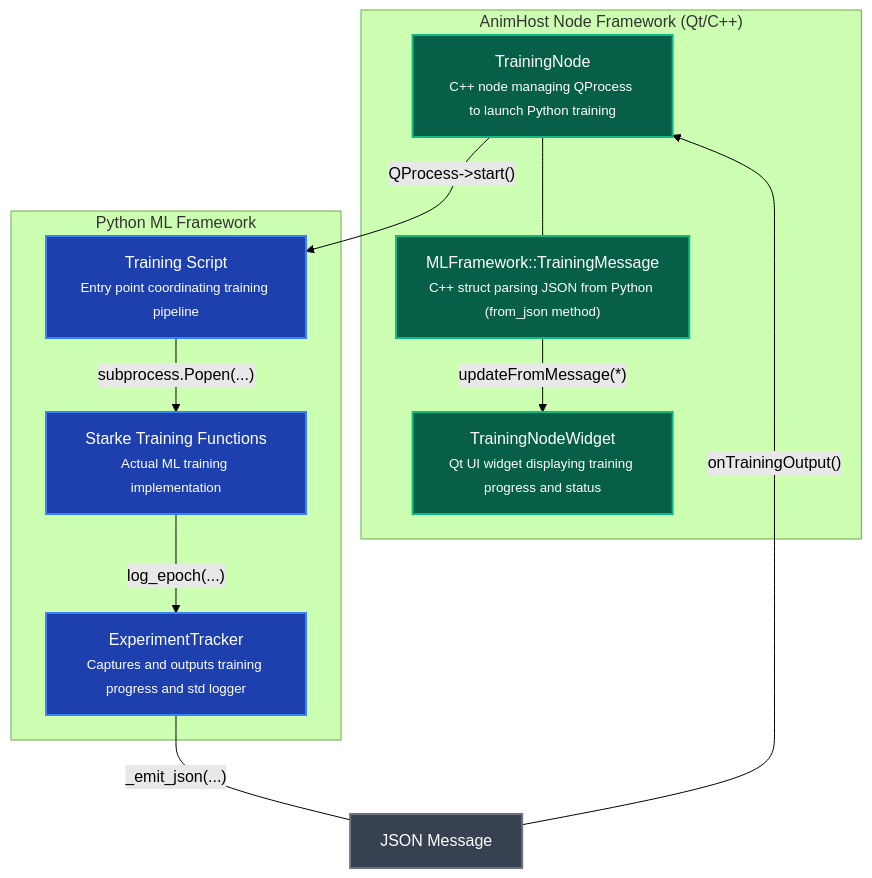
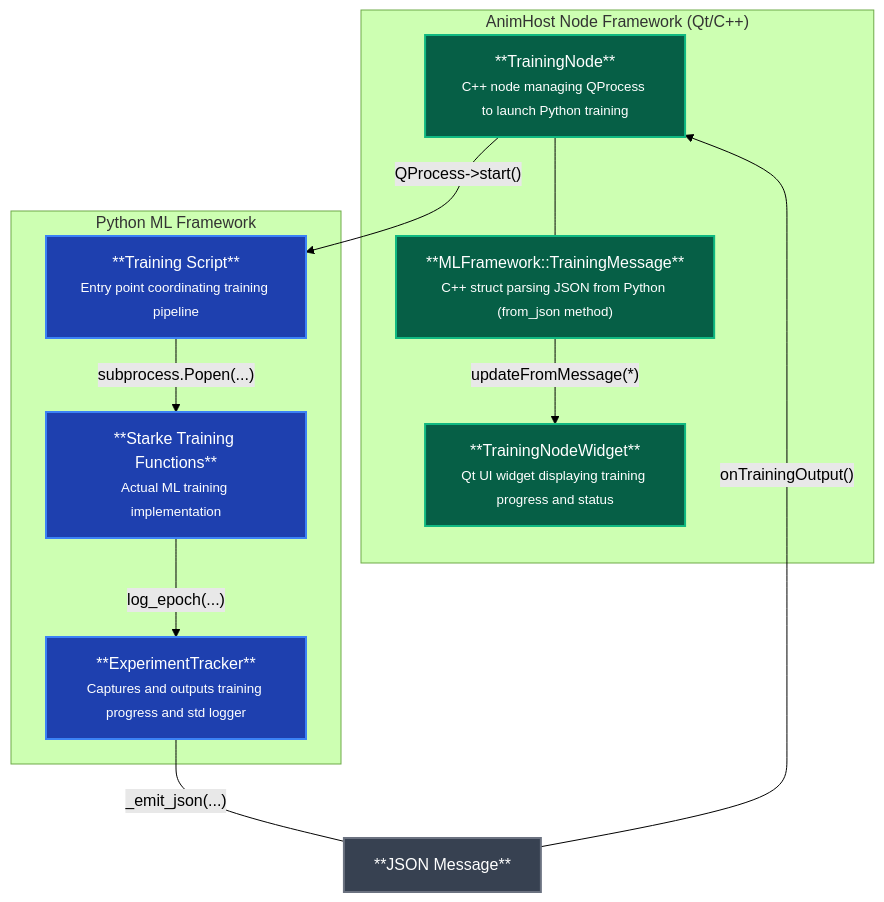
Before and after one commit to FilmakademieRnd/AnimHost: the diagram in python/ml_framework/README.md, drawn with Mermaid (forest theme). The commit also changed other lines of this file and 2 other files, not shown here.

Commit message:
self-review

````diff
--- a/python/ml_framework/README.md
+++ b/python/ml_framework/README.md
@@ -39,34 +39,34 @@
 ```mermaid
 graph TB
     subgraph "AnimHost Node Framework (Qt/C++)"
-        A["TrainingNodeWidget<br/><small>Qt UI widget displaying training progress and status</small>"]   
-        C["MLFramework::TrainingMessage<br/><small>C++ struct parsing JSON from Python (from_json method)</small>"]
-        B["TrainingNode<br/><small>C++ node managing QProcess to launch Python training</small>"]
+        A["**TrainingNodeWidget**<br/><small>Qt UI widget displaying training progress and status</small>"]
+        C["**MLFramework::TrainingMessage**<br/><small>C++ struct parsing JSON from Python (from_json method)</small>"]
+        B["**TrainingNode**<br/><small>C++ node managing QProcess to launch Python training</small>"]
     end
-    
-    D["JSON Message<br/>"]
-    
+
+    D["**JSON Message**<br/>"]
+
     subgraph "Python ML Framework"
-        E["ExperimentTracker<br/><small>Captures and outputs training progress and std logger</small>"]
-        F["Training Script<br/><small>Entry point coordinating training pipeline</small>"]
-        G["Starke Training Functions<br/><small>Actual ML training implementation</small>"]
+        E["**ExperimentTracker**<br/><small>Captures and outputs training progress and std logger</small>"]
+        F["**Training Script**<br/><small>Entry point coordinating training pipeline</small>"]
+        G["**Starke Training Functions**<br/><small>Actual ML training implementation</small>"]
     end
     
     %% Connections
     B --> |"QProcess->start()"| F
     F --> |"subprocess.Popen(...)"| G
     G --> |"log_epoch(...)"| E
     E --- |"_emit_json(...)"| D
     D --> |"onTrainingOutput()"| B
     B --- C
     C --> |"updateFromMessage(*)"| A
     
     %% Styling
     classDef cppLayer fill:#065f46,stroke:#10b981,stroke-width:2px,color:#ffffff
     classDef interfaceNode fill:#374151,stroke:#6b7280,stroke-width:2px,color:#ffffff
     classDef pythonLayer fill:#1e40af,stroke:#3b82f6,stroke-width:2px,color:#ffffff
     
     class A,B,C cppLayer
     class D interfaceNode
     class E,F,G pythonLayer
 ```
````
